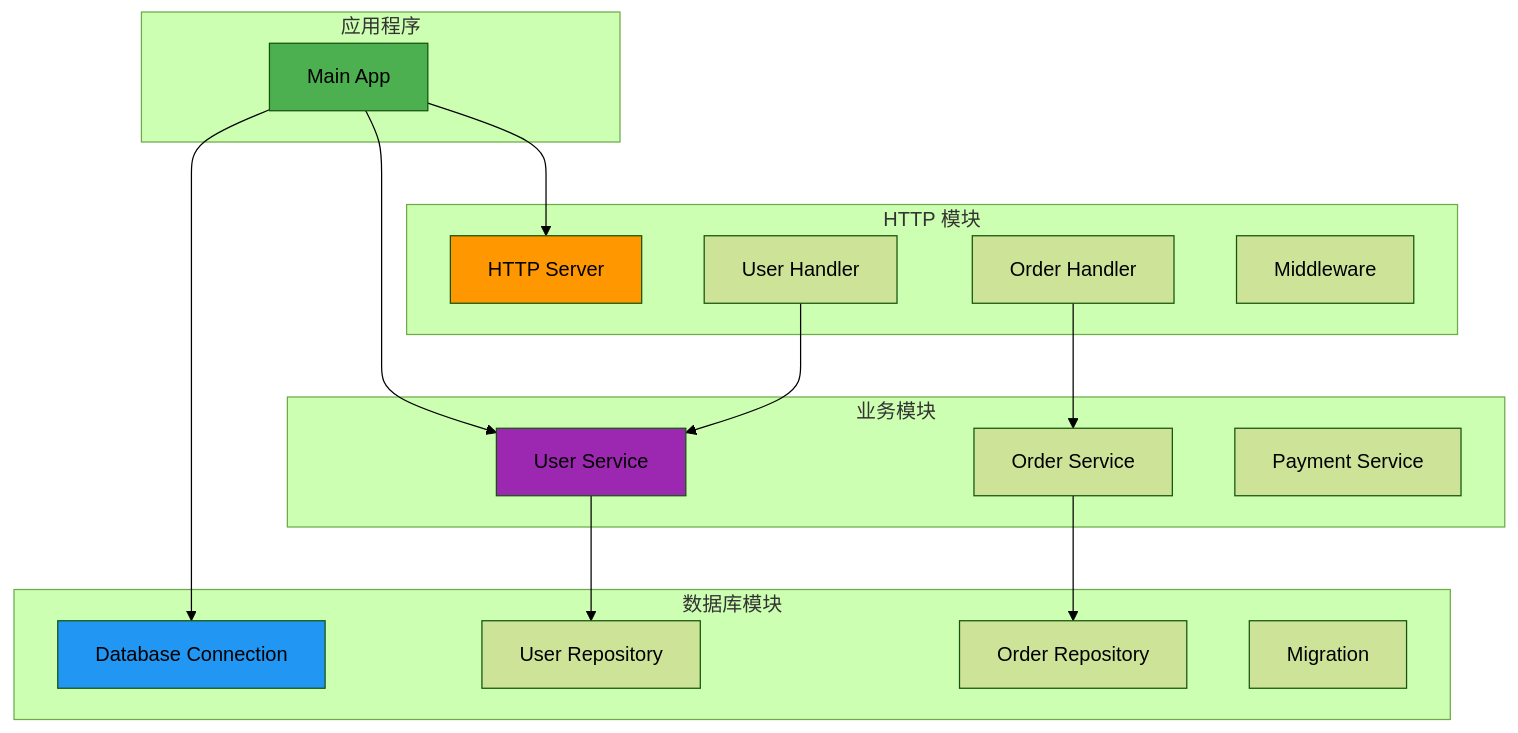
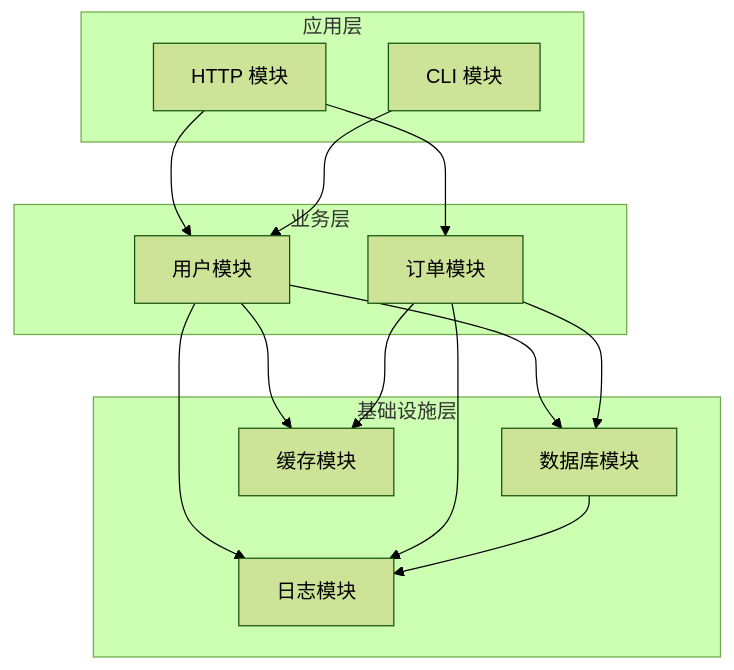
The third of 5 diagrams in FX_FRAMEWORK_GUIDE.md (bisenliu/go-micro-scaffold), drawn with Mermaid (forest theme) before and after one commit. The commit also changed other lines of this file, not shown here.

````diff
--- a/FX_FRAMEWORK_GUIDE.md
+++ b/FX_FRAMEWORK_GUIDE.md
@@ -335,40 +101,30 @@
 ```mermaid
-graph TD
-    subgraph "应用程序"
-        A[Main App]
+graph TB
+    subgraph "应用层"
+        A[HTTP 模块]
+        B[CLI 模块]
     end
     
-    subgraph "数据库模块"
-        B[Database Connection]
-        C[User Repository]
-        D[Order Repository]
-        E[Migration]
+    subgraph "业务层"
+        C[用户模块]
+        D[订单模块]
     end
     
-    subgraph "HTTP 模块"
-        F[HTTP Server]
-        G[User Handler]
-        H[Order Handler]
-        I[Middleware]
+    subgraph "基础设施层"
+        E[数据库模块]
+        F[缓存模块]
+        G[日志模块]
     end
     
-    subgraph "业务模块"
-        J[User Service]
-        K[Order Service]
-        L[Payment Service]
-    end
+    A --> C
+    A --> D
+    B --> C
+    C --> E
+    C --> F
+    D --> E
+    D --> F
     
-    A --> B
-    A --> F
-    A --> J
-    
-    G --> J
-    H --> K
-    J --> C
-    K --> D
-    
-    style A fill:#4caf50
-    style B fill:#2196f3
-    style F fill:#ff9800
-    style J fill:#9c27b0
+    C --> G
+    D --> G
+    E --> G
 ```
````
